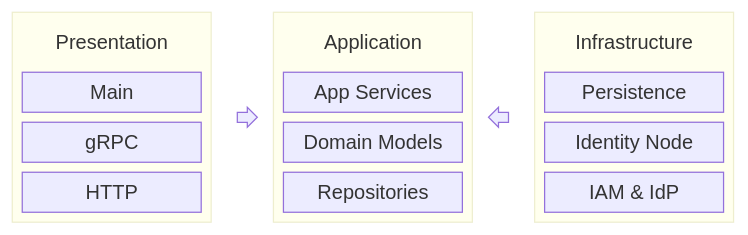
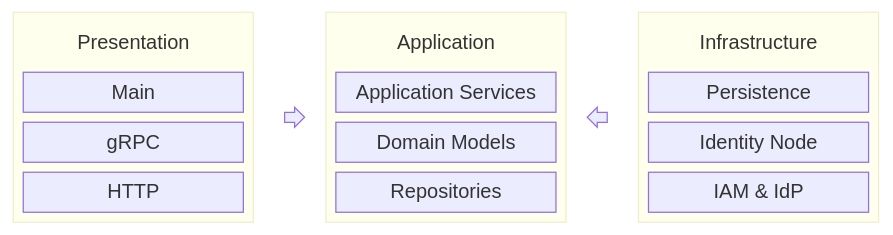
Before and after one commit to agntcy/identity-service: the diagram in docs/contribute/architecture.md, drawn with Mermaid. The commit also changed other lines of this file and 1 other file, not shown here.

````diff
--- a/docs/contribute/architecture.md
+++ b/docs/contribute/architecture.md
@@ -5,27 +5,27 @@
 ```mermaid
 block
   block:presentation:4
     columns 1
     pres_label["Presentation"]
     Main gRPC HTTP
   end
   portArrow<[" "]>(right)
   block:application:4
     columns 1
     app_label["Application"]
-    Services["App Services"]
+    Services["Application Services"]
     Domain["Domain Models"]
     Repositories
   end
   adapterArrow<[" "]>(left)
   block:infrastructure:4
     columns 1
     infrastructure_label["Infrastructure"]
     Persistence
     Identity["Identity Node"]
     IAM["IAM & IdP"]
   end
   style pres_label fill:none,stroke:none
   style app_label fill:none,stroke:none
   style infrastructure_label fill:none,stroke:none
 ```
````
